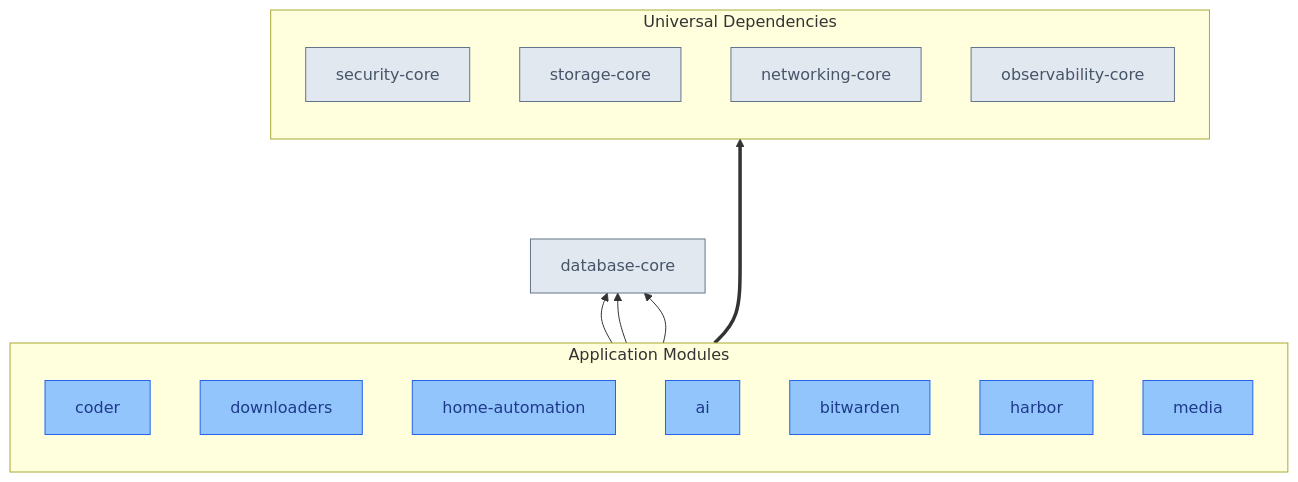
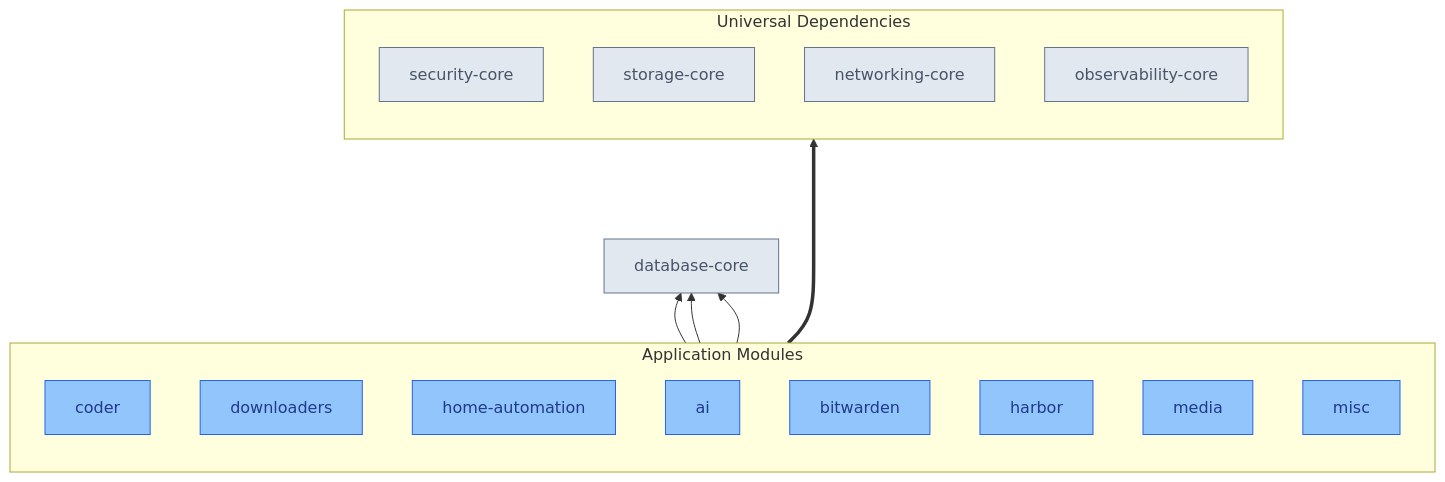
The diagram in apps/README.md (ppat/homelab-ops-kubernetes-apps), drawn with Mermaid before and after one commit. The commit also changed other lines of this file and 21 other files, not shown here.

Commit message:
feat(apps-misc): add apps-misc module w/ maddy smtp relay (#1119)

````diff
--- a/apps/README.md
+++ b/apps/README.md
@@ -20,43 +21,44 @@
 ```mermaid
 flowchart BT
     %% Color scheme - infrastructure less prominent than apps
     classDef infra fill:#e2e8f0,stroke:#64748b,color:#475569
     classDef apps fill:#93c5fd,stroke:#2563eb,color:#1e3a8a
     classDef universal fill:none,stroke:#64748b
     classDef appbox fill:none,stroke:#2563eb
     classDef invisible fill:none,stroke:none
 
     %% Universal Infrastructure Layer
     subgraph UniversalDeps["Universal Dependencies"]
         direction TB
         security[security-core]:::infra
         storage[storage-core]:::infra
         networking[networking-core]:::infra
         observability[observability-core]:::infra
     end
     class UniversalDeps universal
 
     %% Database (specific dependency)
     database[database-core]:::infra
 
     %% Apps Layer with visible border
     subgraph Apps["Application Modules"]
         direction TB
         coder[coder]:::apps
         downloaders[downloaders]:::apps
         home-automation[home-automation]:::apps
         ai[ai]:::apps
         bitwarden[bitwarden]:::apps
         harbor[harbor]:::apps
         media[media]:::apps
+        misc[misc]:::apps
     end
     class Apps appbox
 
     %% Universal Dependencies (every app) with thicker arrow from connection point
     Apps ====> UniversalDeps
 
     %% Specific Database Dependencies
     coder --> database
     downloaders --> database
     home-automation --> database
 ```
````
